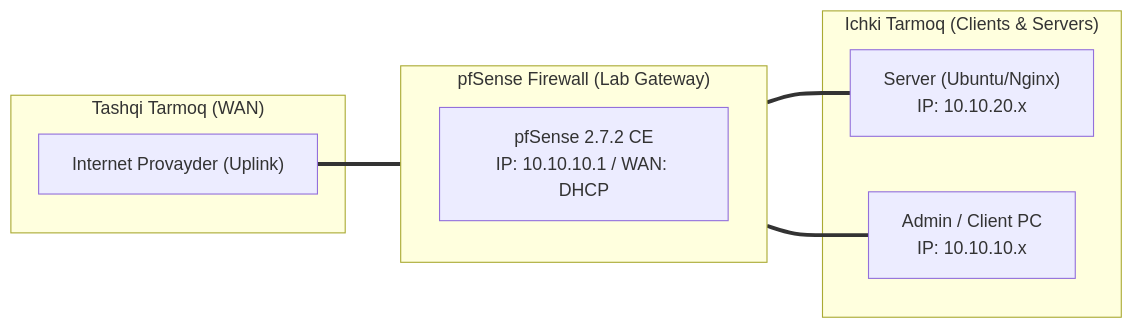
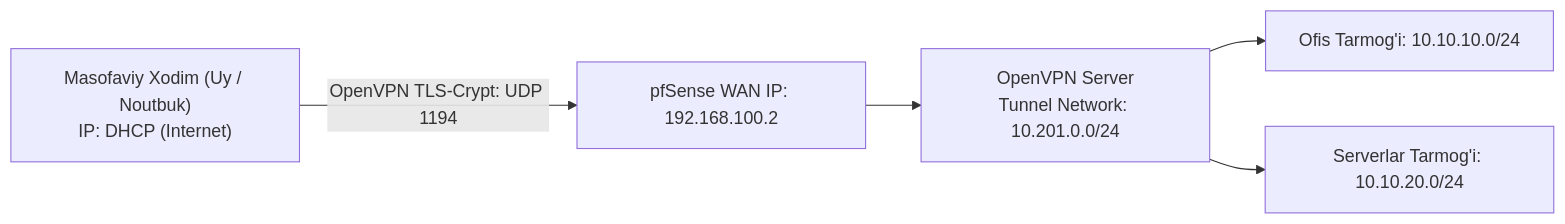
The diagram in day-10/lab.md (sarvartech/pfsense-30-days), drawn with Mermaid before and after one commit. The commit also changed other lines of this file and 16 other files, not shown here.

Commit message:
docs: Deep dive enterprise enrichment for HAProxy, CARP HA, Multi-WAN, and VPN modules

````diff
--- a/day-10/lab.md
+++ b/day-10/lab.md
@@ -19,20 +16,9 @@
 ```mermaid
 flowchart LR
-    subgraph WAN_ZONE["Tashqi Tarmoq (WAN)"]
-        ISP["Internet Provayder (Uplink)"]
-    end
-
-    subgraph PFSENSE["pfSense Firewall (Lab Gateway)"]
-        direction TB
-        FW["pfSense 2.7.2 CE\nIP: 10.10.10.1 / WAN: DHCP"]
-    end
-
-    subgraph INTERNAL["Ichki Tarmoq (Clients & Servers)"]
-        SRV["Server (Ubuntu/Nginx)\nIP: 10.10.20.x"]
-        PC["Admin / Client PC\nIP: 10.10.10.x"]
-    end
-
-    ISP === PFSENSE
-    PFSENSE === SRV
-    PFSENSE === PC
+    REMOTE["Masofaviy Xodim (Uy / Noutbuk)
+IP: DHCP (Internet)"] -->|OpenVPN TLS-Crypt: UDP 1194| WAN["pfSense WAN IP: 192.168.100.2"]
+    WAN --> PF["OpenVPN Server
+Tunnel Network: 10.201.0.0/24"]
+    PF --> LAN["Ofis Tarmog'i: 10.10.10.0/24"]
+    PF --> DMZ["Serverlar Tarmog'i: 10.10.20.0/24"]
 ```
````
